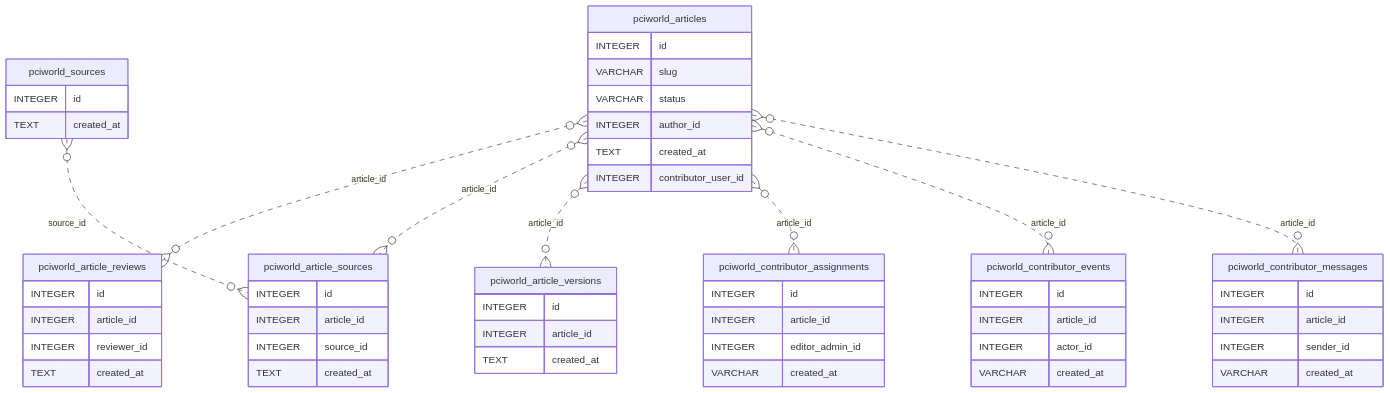
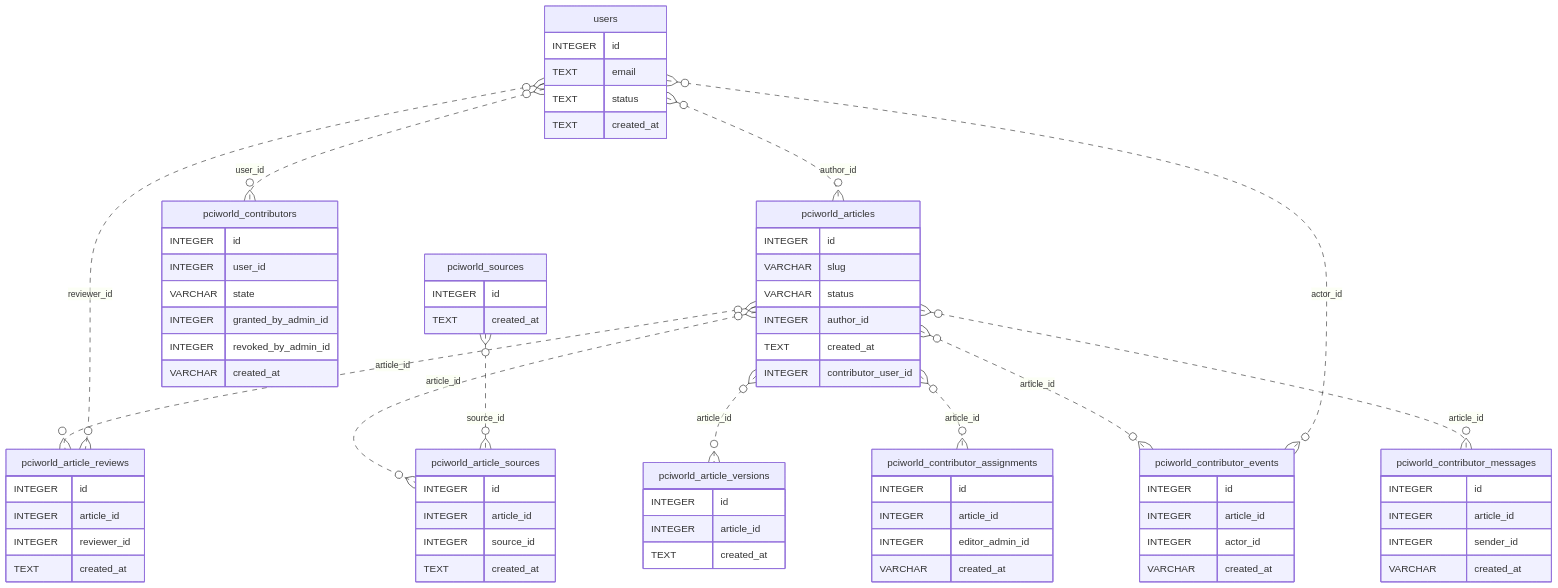
The fifth of 17 diagrams in docs/PCI_DATABASE_ERD.md (hariswahidkhan-star/PCI), drawn with Mermaid before and after one commit. The commit also changed other lines of this file and 2 other files, not shown here.

````diff
--- a/docs/PCI_DATABASE_ERD.md
+++ b/docs/PCI_DATABASE_ERD.md
@@ -159,57 +261,75 @@
 ```mermaid
 erDiagram
     pciworld_article_reviews {
         INTEGER id
         INTEGER article_id
         INTEGER reviewer_id
         TEXT created_at
     }
     pciworld_article_sources {
         INTEGER id
         INTEGER article_id
         INTEGER source_id
         TEXT created_at
     }
     pciworld_article_versions {
         INTEGER id
         INTEGER article_id
         TEXT created_at
     }
     pciworld_articles {
         INTEGER id
         VARCHAR slug
         VARCHAR status
         INTEGER author_id
         TEXT created_at
         INTEGER contributor_user_id
     }
     pciworld_contributor_assignments {
         INTEGER id
         INTEGER article_id
         INTEGER editor_admin_id
         VARCHAR created_at
     }
     pciworld_contributor_events {
         INTEGER id
         INTEGER article_id
         INTEGER actor_id
         VARCHAR created_at
     }
     pciworld_contributor_messages {
         INTEGER id
         INTEGER article_id
         INTEGER sender_id
         VARCHAR created_at
     }
+    pciworld_contributors {
+        INTEGER id
+        INTEGER user_id
+        VARCHAR state
+        INTEGER granted_by_admin_id
+        INTEGER revoked_by_admin_id
+        VARCHAR created_at
+    }
     pciworld_sources {
         INTEGER id
         TEXT created_at
     }
+    users {
+        INTEGER id
+        TEXT email
+        TEXT status
+        TEXT created_at
+    }
     pciworld_articles }o..o{ pciworld_article_reviews : "article_id"
+    users }o..o{ pciworld_article_reviews : "reviewer_id"
     pciworld_articles }o..o{ pciworld_article_sources : "article_id"
     pciworld_sources }o..o{ pciworld_article_sources : "source_id"
     pciworld_articles }o..o{ pciworld_article_versions : "article_id"
+    users }o..o{ pciworld_articles : "author_id"
     pciworld_articles }o..o{ pciworld_contributor_assignments : "article_id"
     pciworld_articles }o..o{ pciworld_contributor_events : "article_id"
+    users }o..o{ pciworld_contributor_events : "actor_id"
     pciworld_articles }o..o{ pciworld_contributor_messages : "article_id"
+    users }o..o{ pciworld_contributors : "user_id"
 ```
````
